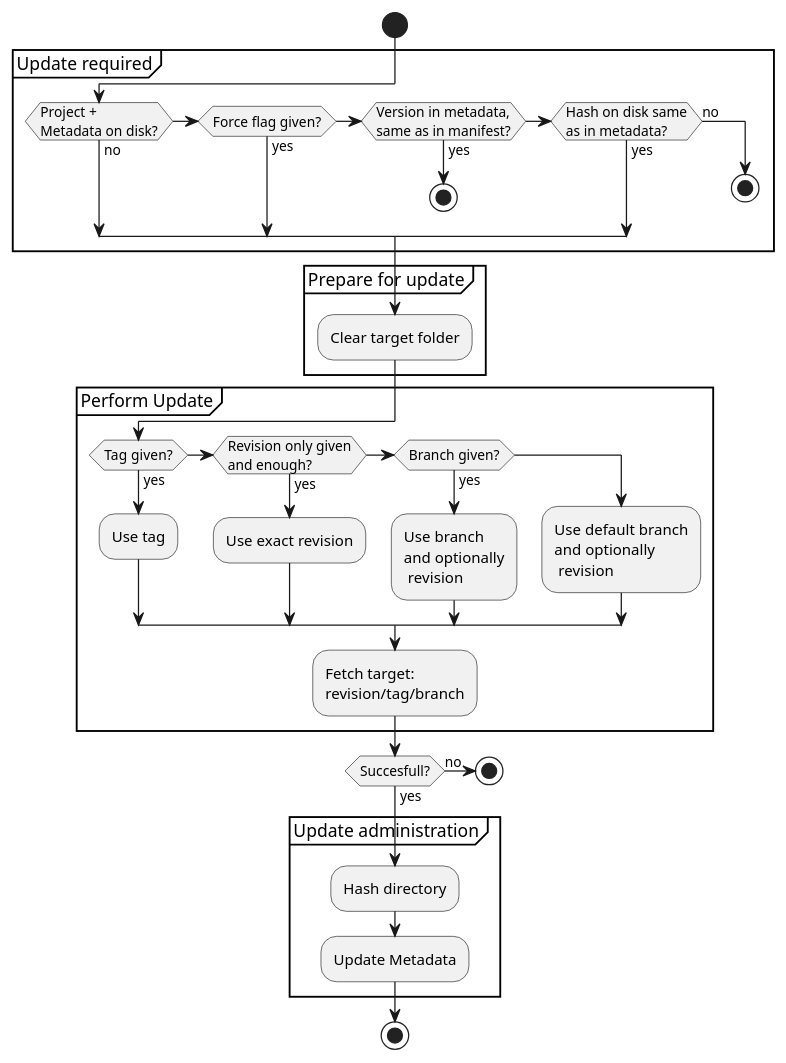
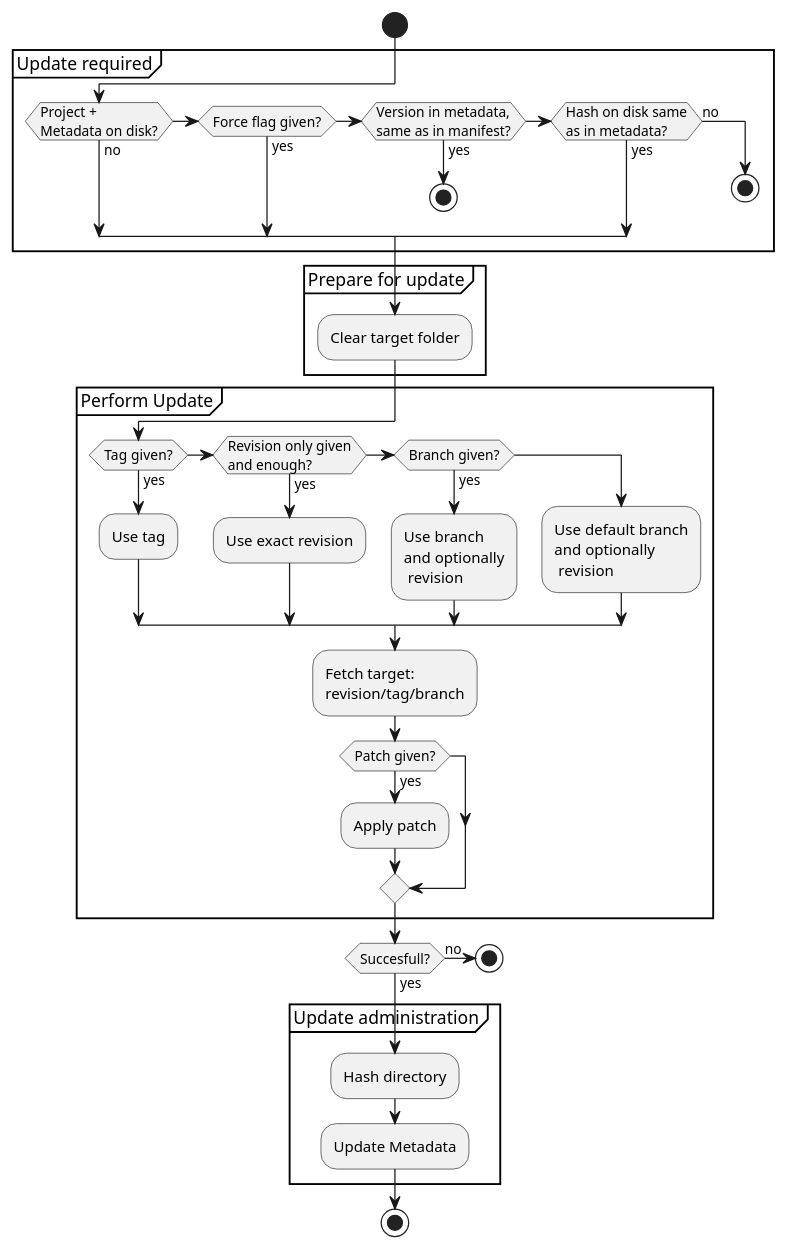
Before and after one commit to dfetch-org/dfetch: the diagram in doc/static/uml/update.puml, drawn with PlantUML.

Commit message:
Add patch to doc

```diff
--- a/doc/static/uml/update.puml
+++ b/doc/static/uml/update.puml
@@ -1,60 +1,64 @@
 @startuml
 start
 
 skinparam monochrome true
 skinparam defaultFontName Frutiger
 
 partition "Update required" {
 
     if (Project +\nMetadata on disk?) then (no)
     elseif (Force flag given?) then (yes)
     elseif (Version in metadata,\nsame as in manifest?) then (yes)
         stop
     elseif (Hash on disk same\nas in metadata?) then (yes)
     else (no)
        stop
     endif
 
     ' if (Hash on disk same\nas in metadata?) then (yes)
     ' elseif (Force flag given?) then (yes)
     ' else
     '     stop
     ' endif
 }
 
 partition "Prepare for update" {
     :Clear target folder;
 }
 
 partition "Perform Update" {
 
     if (Tag given?) then (yes)
         :Use tag;
     elseif (Revision only given\nand enough?) then (yes)
         :Use exact revision;
     elseif (Branch given?) then (yes)
         :Use branch
         and optionally
          revision;
     else
         :Use default branch
         and optionally
          revision;
     endif
 
     :Fetch target:
     revision/tag/branch;
+
+    if (Patch given?) then (yes)
+        :Apply patch;
+    endif
 }
 
     if (Succesfull?) then (no)
         stop
     else (yes)
     endif
 
 partition "Update administration" {
     :Hash directory;
     :Update Metadata;
 }
 
 stop
 @enduml
```
